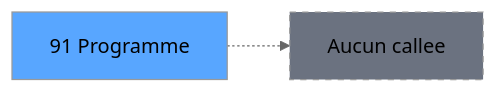
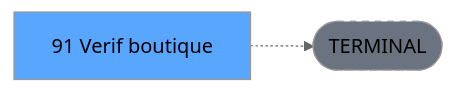
The third of 3 diagrams in .openspec/renders/ADH-IDE-91.md (thonyAGP/lecteur-magic), drawn with Mermaid (neutral theme) before and after one commit. The commit also changed other lines of this file and 701 other files, not shown here.

````diff
--- a/.openspec/renders/ADH-IDE-91.md
+++ b/.openspec/renders/ADH-IDE-91.md
@@ -146,8 +134,8 @@
 ```mermaid
 graph LR
-    T[91 Programme]
-    NONE[Aucun callee]
-    T -.-> NONE
+    T[91 Verif boutique]
+    TERM([TERMINAL])
+    T -.-> TERM
+    style TERM fill:#6b7280,stroke-dasharray: 5 5
     style T fill:#58a6ff,color:#000
-    style NONE fill:#6b7280,stroke-dasharray: 5 5
 ```
````
